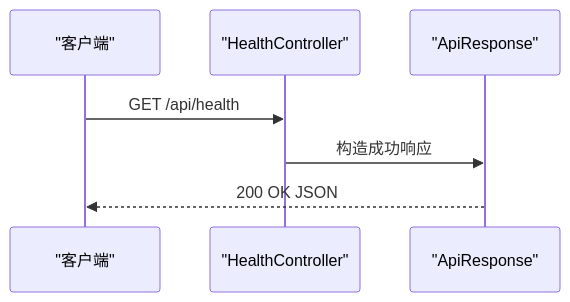
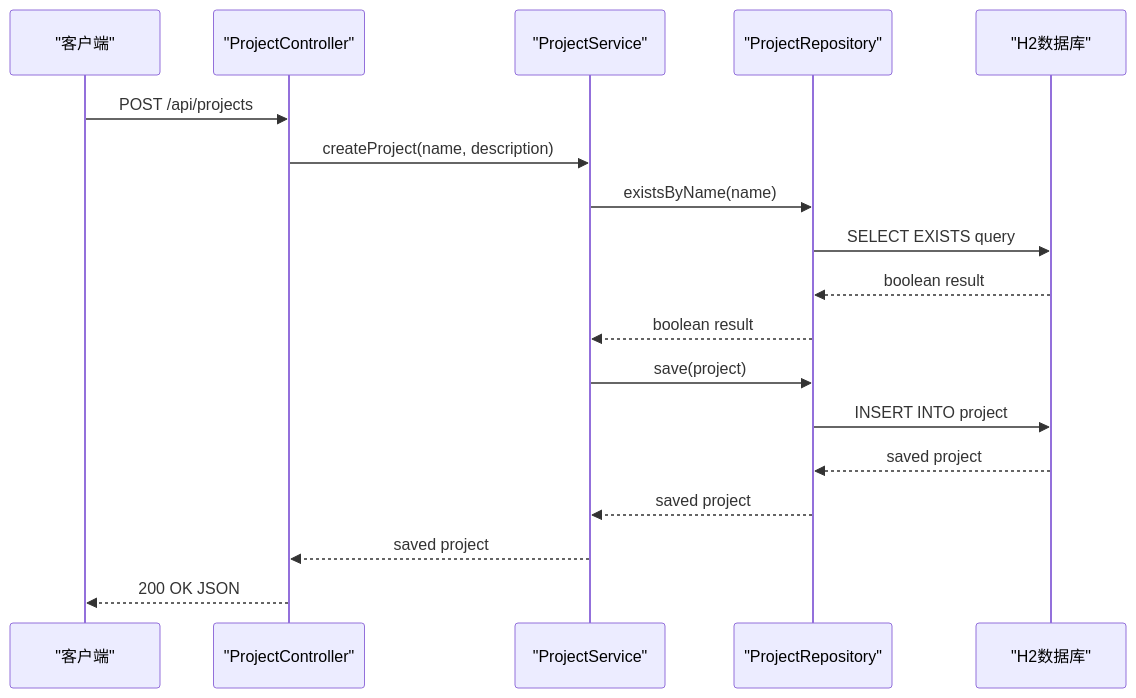
One commit to zhou9832/test1-qoder changed the fifth of 5 diagrams in .qoder/repowiki/zh/content/数据库设计.md. Above: the diagram before and after it, drawn with Mermaid. The commit also changed other lines of this file and 48 other files, not shown here.

````diff
--- a/.qoder/repowiki/zh/content/数据库设计.md
+++ b/.qoder/repowiki/zh/content/数据库设计.md
@@ -279,9 +417,20 @@
 ```mermaid
 sequenceDiagram
 participant Client as "客户端"
-participant API as "HealthController"
-participant Resp as "ApiResponse"
-Client->>API : GET /api/health
-API->>Resp : 构造成功响应
-Resp-->>Client : 200 OK JSON
+participant Controller as "ProjectController"
+participant Service as "ProjectService"
+participant Repo as "ProjectRepository"
+participant DB as "H2数据库"
+Client->>Controller : POST /api/projects
+Controller->>Service : createProject(name, description)
+Service->>Repo : existsByName(name)
+Repo->>DB : SELECT EXISTS query
+DB-->>Repo : boolean result
+Repo-->>Service : boolean result
+Service->>Repo : save(project)
+Repo->>DB : INSERT INTO project
+DB-->>Repo : saved project
+Repo-->>Service : saved project
+Service-->>Controller : saved project
+Controller-->>Client : 200 OK JSON
 ```
````
